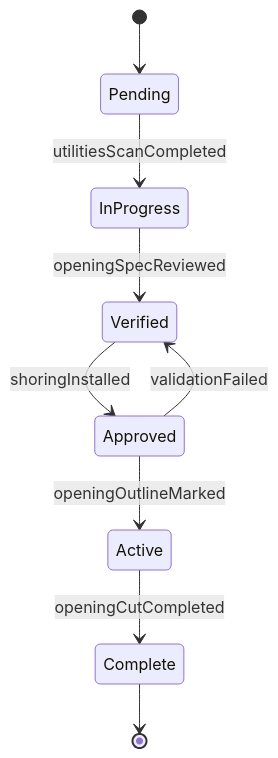
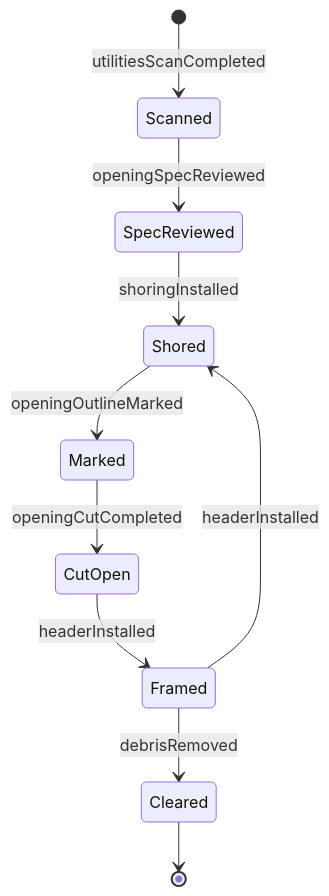
Before and after one commit to dot-org-ai/tasks.org.ai: the second of 4 diagrams in HandlingAndMovingObjects/CutMaterials/CutOpeningsExistingStructures.mdx, drawn with Mermaid. The commit also changed other lines of this file and 515 other files, not shown here.

````diff
--- a/HandlingAndMovingObjects/CutMaterials/CutOpeningsExistingStructures.mdx
+++ b/HandlingAndMovingObjects/CutMaterials/CutOpeningsExistingStructures.mdx
@@ -98,11 +99,12 @@
 ```mermaid
 stateDiagram-v2
-    [*] --> Pending
-    Pending --> InProgress : utilitiesScanCompleted
-    InProgress --> Verified : openingSpecReviewed
-    Verified --> Approved : shoringInstalled
-    Approved --> Active : openingOutlineMarked
-    Active --> Complete : openingCutCompleted
-    Approved --> Verified : validationFailed
-    Complete --> [*]
+    [*] --> Scanned : utilitiesScanCompleted
+    Scanned --> SpecReviewed : openingSpecReviewed
+    SpecReviewed --> Shored : shoringInstalled
+    Shored --> Marked : openingOutlineMarked
+    Marked --> CutOpen : openingCutCompleted
+    CutOpen --> Framed : headerInstalled
+    Framed --> Cleared : debrisRemoved
+    Framed --> Shored : headerInstalled
+    Cleared --> [*]
 ```
````
